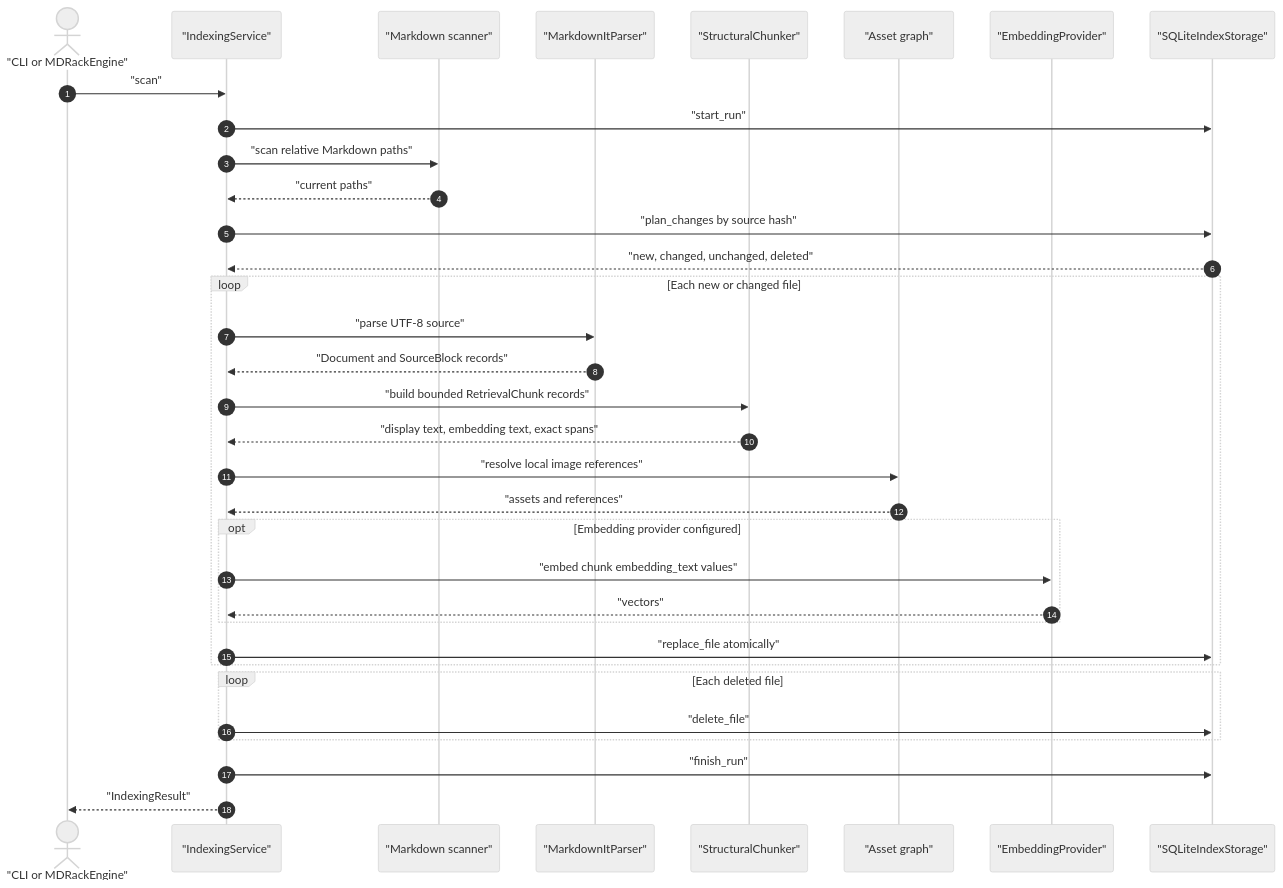
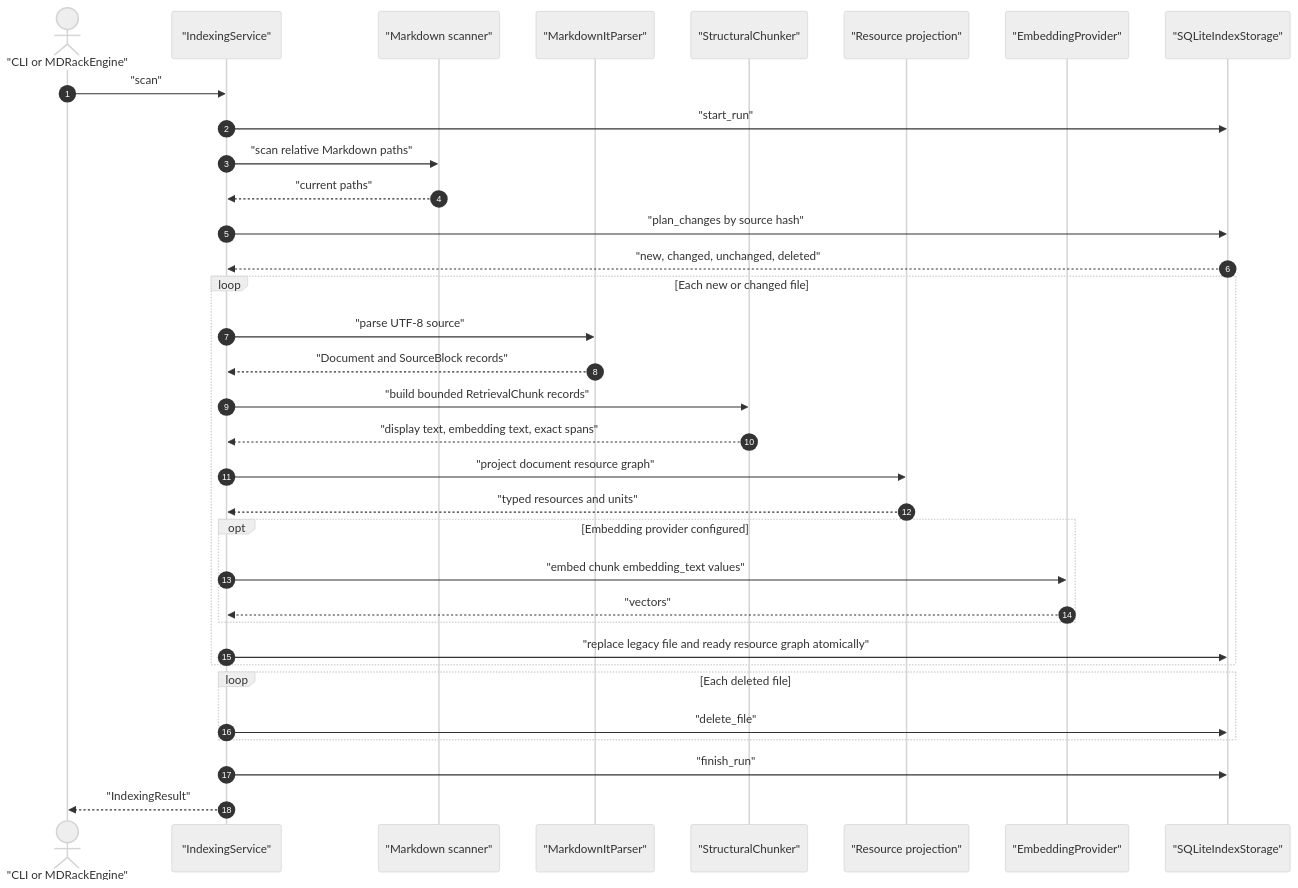
The diagram in docs/current-architecture/indexing-and-chunking.md (VladimirMonin/MDRack), drawn with Mermaid (neutral theme) before and after one commit. The commit also changed other lines of this file and 24 other files, not shown here.

````diff
--- a/docs/current-architecture/indexing-and-chunking.md
+++ b/docs/current-architecture/indexing-and-chunking.md
@@ -9,40 +9,40 @@
 ```mermaid
 sequenceDiagram
     autonumber
     actor Caller as "CLI or MDRackEngine"
     participant Service as "IndexingService"
     participant Scanner as "Markdown scanner"
     participant Parser as "MarkdownItParser"
     participant Chunker as "StructuralChunker"
-    participant Assets as "Asset graph"
+    participant Projection as "Resource projection"
     participant Embedder as "EmbeddingProvider"
     participant Storage as "SQLiteIndexStorage"
 
     Caller->>Service: "scan"
     Service->>Storage: "start_run"
     Service->>Scanner: "scan relative Markdown paths"
     Scanner-->>Service: "current paths"
     Service->>Storage: "plan_changes by source hash"
     Storage-->>Service: "new, changed, unchanged, deleted"
 
     loop Each new or changed file
         Service->>Parser: "parse UTF-8 source"
         Parser-->>Service: "Document and SourceBlock records"
         Service->>Chunker: "build bounded RetrievalChunk records"
         Chunker-->>Service: "display text, embedding text, exact spans"
-        Service->>Assets: "resolve local image references"
-        Assets-->>Service: "assets and references"
+        Service->>Projection: "project document resource graph"
+        Projection-->>Service: "typed resources and units"
         opt Embedding provider configured
             Service->>Embedder: "embed chunk embedding_text values"
             Embedder-->>Service: "vectors"
         end
-        Service->>Storage: "replace_file atomically"
+        Service->>Storage: "replace legacy file and ready resource graph atomically"
     end
 
     loop Each deleted file
         Service->>Storage: "delete_file"
     end
 
     Service->>Storage: "finish_run"
     Service-->>Caller: "IndexingResult"
 ```
````
